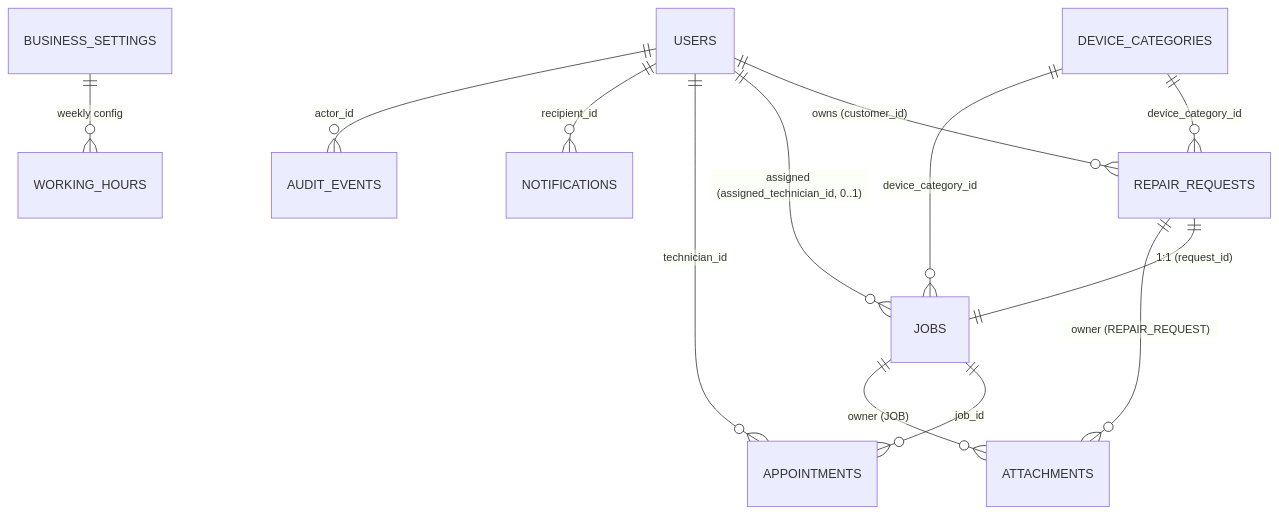
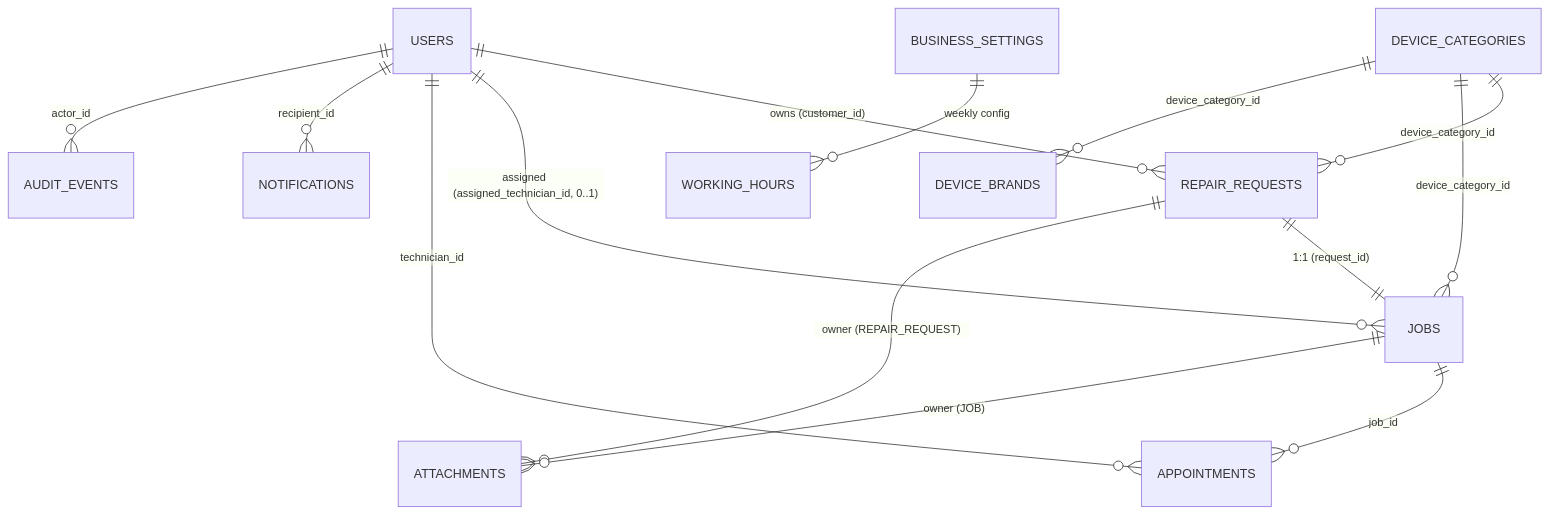
Before and after one commit to mayurjaiswal9/RepairDesk: the diagram in docs/Database.md, drawn with Mermaid. The commit also changed other lines of this file and 234 other files, not shown here.

````diff
--- a/docs/Database.md
+++ b/docs/Database.md
@@ -47,15 +48,16 @@
 ```mermaid
 erDiagram
     USERS ||--o{ REPAIR_REQUESTS : "owns (customer_id)"
     USERS ||--o{ JOBS : "assigned (assigned_technician_id, 0..1)"
     USERS ||--o{ APPOINTMENTS : "technician_id"
     USERS ||--o{ NOTIFICATIONS : "recipient_id"
     USERS ||--o{ AUDIT_EVENTS : "actor_id"
     DEVICE_CATEGORIES ||--o{ REPAIR_REQUESTS : "device_category_id"
     DEVICE_CATEGORIES ||--o{ JOBS : "device_category_id"
+    DEVICE_CATEGORIES ||--o{ DEVICE_BRANDS : "device_category_id"
     REPAIR_REQUESTS ||--|| JOBS : "1:1 (request_id)"
     JOBS ||--o{ APPOINTMENTS : "job_id"
     REPAIR_REQUESTS ||--o{ ATTACHMENTS : "owner (REPAIR_REQUEST)"
     JOBS ||--o{ ATTACHMENTS : "owner (JOB)"
     BUSINESS_SETTINGS ||--o{ WORKING_HOURS : "weekly config"
 ```
````
